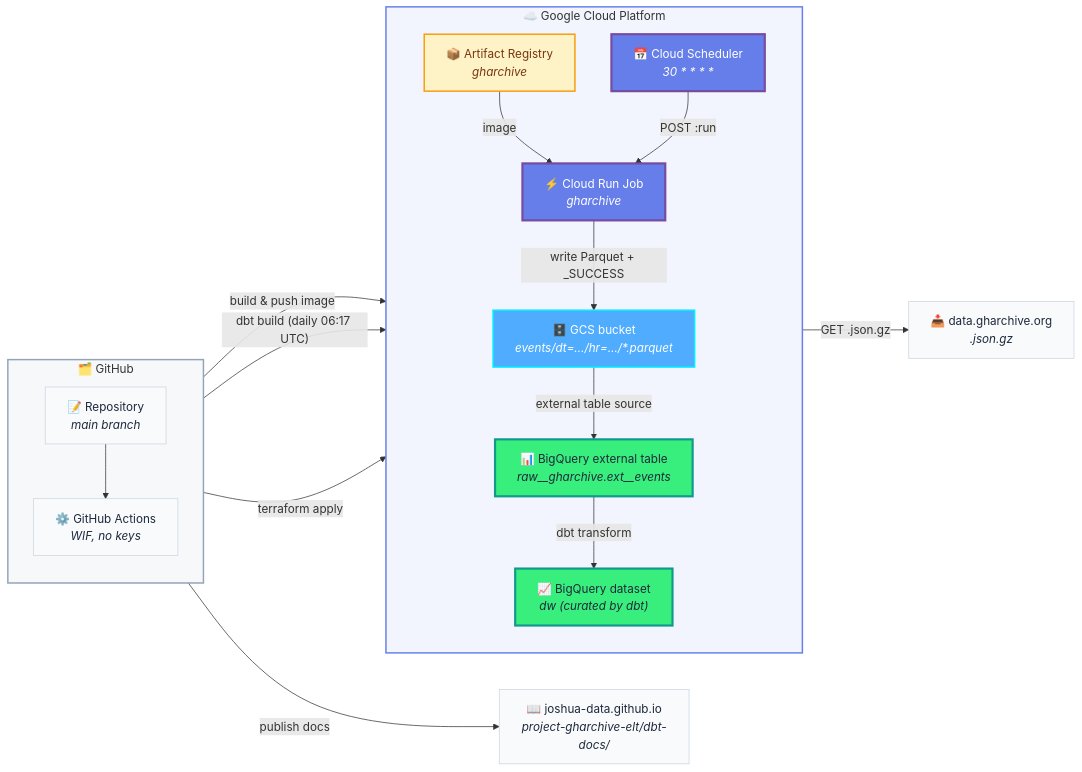
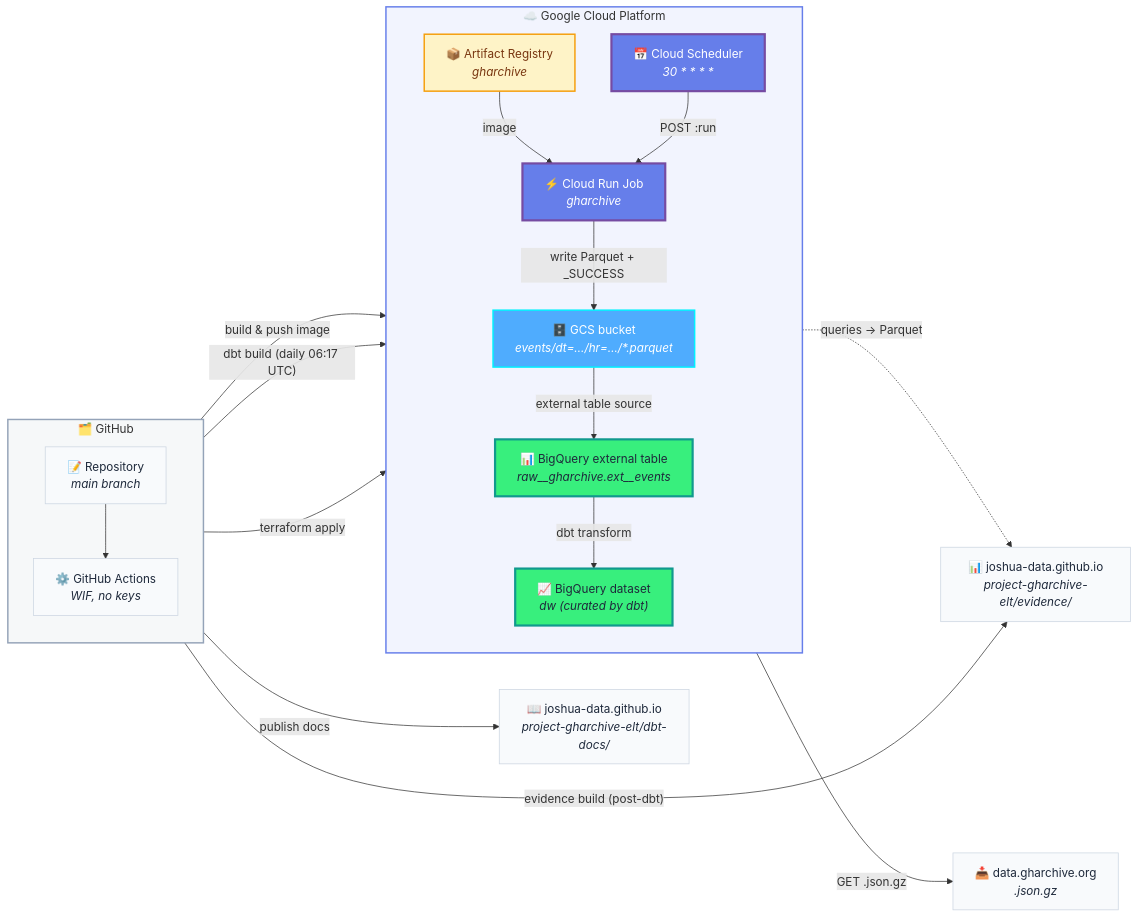
The diagram in README.md (joshua-data/project-gharchive-elt), drawn with Mermaid before and after one commit. The commit also changed other lines of this file and 1 other file, not shown here.

Commit message:
edited: READMEs

````diff
--- a/README.md
+++ b/README.md
@@ -16,48 +16,51 @@
 ```mermaid
 flowchart LR
     subgraph GH["🗂️ GitHub"]
         direction TB
         REPO["📝 Repository<br/><i>main branch</i>"]
         GHA["⚙️ GitHub Actions<br/><i>WIF, no keys</i>"]
     end
 
     subgraph GCP["☁️ Google Cloud Platform"]
         direction TB
         AR["📦 Artifact Registry<br/><i>gharchive</i>"]
         SCH["📅 Cloud Scheduler<br/><i>30 * * * *</i>"]
         JOB["⚡ Cloud Run Job<br/><i>gharchive</i>"]
         GCS["🗄️ GCS bucket<br/><i>events/dt=…/hr=…/*.parquet</i>"]
         BQ["📊 BigQuery external table<br/><i>raw__gharchive.ext__events</i>"]
         DW["📈 BigQuery dataset<br/><i>dw (curated by dbt)</i>"]
     end
 
     EXT["📥 data.gharchive.org<br/><i>.json.gz</i>"]
     DOCS["📖 joshua-data.github.io<br/><i>project-gharchive-elt/dbt-docs/</i>"]
+    EVIDENCE["📊 joshua-data.github.io<br/><i>project-gharchive-elt/evidence/</i>"]
 
     REPO --> GHA
     GHA -->|"build &amp; push image"| AR
     GHA -->|"terraform apply"| GCP
     GHA -->|"dbt build (daily 06:17 UTC)"| BQ
     GHA -->|"publish docs"| DOCS
+    GHA -->|"evidence build (post-dbt)"| EVIDENCE
     AR -->|"image"| JOB
     SCH -->|"POST :run"| JOB
     JOB -->|"GET .json.gz"| EXT
     JOB -->|"write Parquet + _SUCCESS"| GCS
     GCS -->|"external table source"| BQ
     BQ -->|"dbt transform"| DW
+    DW -.->|"queries → Parquet"| EVIDENCE
 
     classDef primary   fill:#667eea,stroke:#764ba2,color:#fff,stroke-width:3px
     classDef secondary fill:#4facfe,stroke:#00f2fe,color:#fff,stroke-width:2px
     classDef success   fill:#38ef7d,stroke:#11998e,color:#1e293b,stroke-width:3px
     classDef warning   fill:#fef3c7,stroke:#f59e0b,color:#78350f,stroke-width:2px
     classDef neutral   fill:#f8fafc,stroke:#cbd5e1,color:#1e293b,stroke-width:1px
 
     class JOB,SCH primary
     class GCS secondary
     class BQ,DW success
     class AR warning
-    class REPO,GHA,EXT,DOCS neutral
+    class REPO,GHA,EXT,DOCS,EVIDENCE neutral
 
     style GH fill:#94a3b815,stroke:#94a3b8,stroke-width:2px
     style GCP fill:#667eea15,stroke:#667eea,stroke-width:2px
 ```
````
